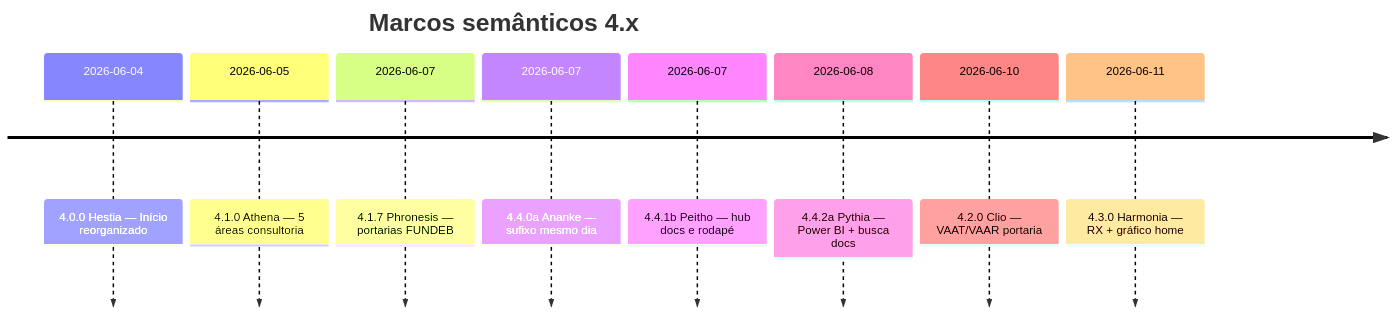
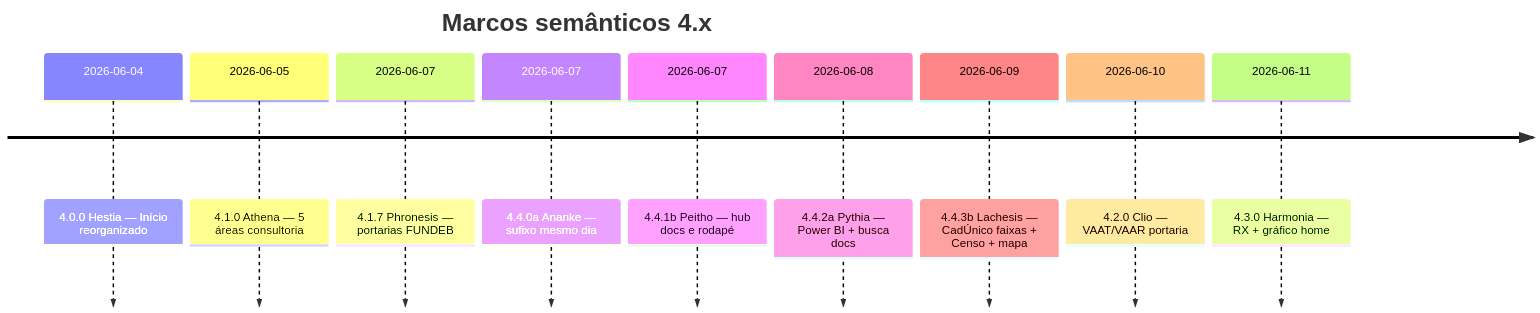
The diagram in docs/HISTORICO_VERSOES.md (JaderGabriel/serventec-servlitcys), drawn with Mermaid before and after one commit. The commit also changed other lines of this file and 23 other files, not shown here.

First line of the commit message:
release(4.4.3): CadÚnico CUN-01/02 — faixas por idade, Censo e mapa territorial.

````diff
--- a/docs/HISTORICO_VERSOES.md
+++ b/docs/HISTORICO_VERSOES.md
@@ -19,12 +19,13 @@
 ```mermaid
 timeline
     title Marcos semânticos 4.x
     2026-06-04 : 4.0.0 Hestia — Início reorganizado
     2026-06-05 : 4.1.0 Athena — 5 áreas consultoria
     2026-06-07 : 4.1.7 Phronesis — portarias FUNDEB
     2026-06-07 : 4.4.0a Ananke — sufixo mesmo dia
     2026-06-07 : 4.4.1b Peitho — hub docs e rodapé
     2026-06-08 : 4.4.2a Pythia — Power BI + busca docs
+    2026-06-09 : 4.4.3b Lachesis — CadÚnico faixas + Censo + mapa
     2026-06-10 : 4.2.0 Clio — VAAT/VAAR portaria
     2026-06-11 : 4.3.0 Harmonia — RX + gráfico home
 ```
````
